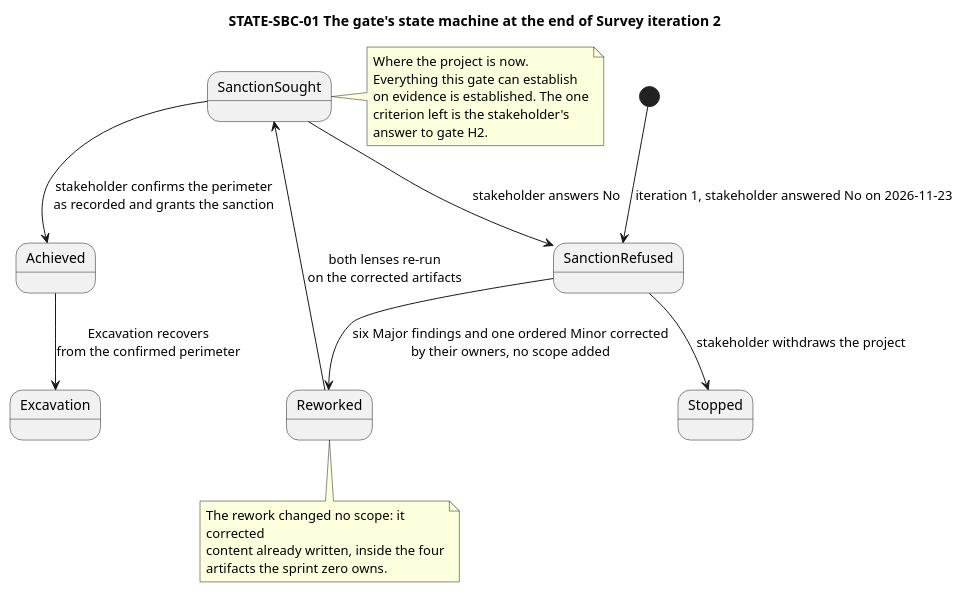
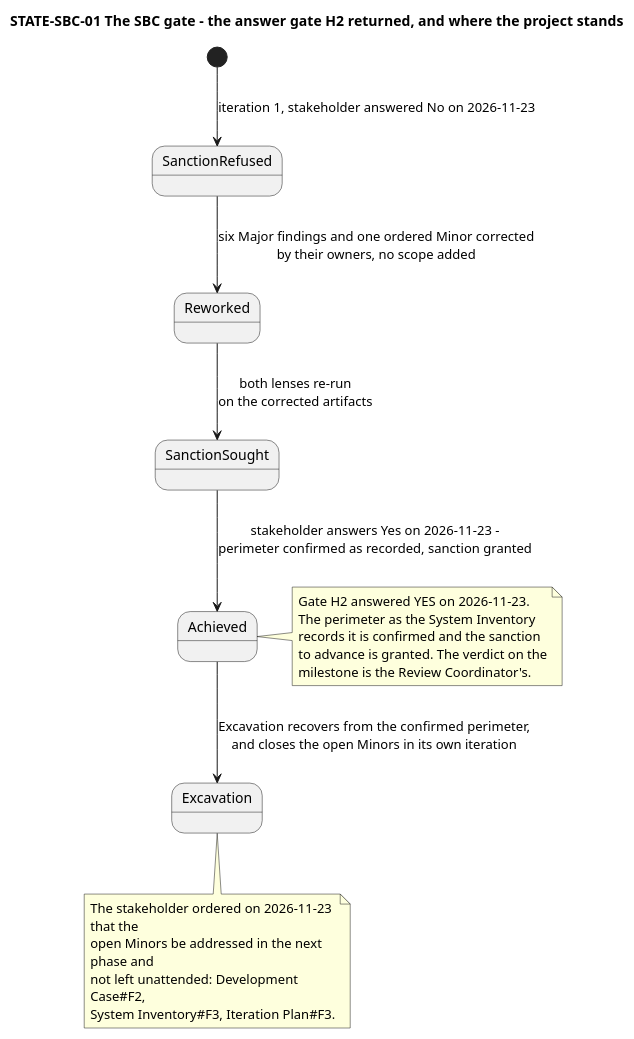
Diagram 11 of 13 in docs/artifacts/project-management/review-record.md (banense-test/TodoApp), drawn with PlantUML before and after one commit. The commit also changed other lines of this file, not shown here.

Commit message:
Management Reviewer [Survey2]: upsert Review Record
[skip ci]

````diff
--- a/docs/artifacts/project-management/review-record.md
+++ b/docs/artifacts/project-management/review-record.md
@@ -899,29 +905,28 @@
 ```plantuml
 @startuml
-title STATE-SBC-01 The gate's state machine at the end of Survey iteration 2
+title STATE-SBC-01 The SBC gate - the answer gate H2 returned, and where the project stands
 
 skinparam shadowing false
 skinparam wrapWidth 250
 
 [*] --> SanctionRefused : iteration 1, stakeholder answered No on 2026-11-23
 SanctionRefused --> Reworked : six Major findings and one ordered Minor corrected\nby their owners, no scope added
 Reworked --> SanctionSought : both lenses re-run\non the corrected artifacts
-SanctionSought --> Achieved : stakeholder confirms the perimeter\nas recorded and grants the sanction
-SanctionSought --> SanctionRefused : stakeholder answers No
-Achieved --> Excavation : Excavation recovers\nfrom the confirmed perimeter
-SanctionRefused --> Stopped : stakeholder withdraws the project
+SanctionSought --> Achieved : stakeholder answers Yes on 2026-11-23 -\nperimeter confirmed as recorded, sanction granted
+Achieved --> Excavation : Excavation recovers from the confirmed perimeter,\nand closes the open Minors in its own iteration
 
-note right of SanctionSought
-  Where the project is now.
-  Everything this gate can establish
-  on evidence is established. The one
-  criterion left is the stakeholder's
-  answer to gate H2.
+note right of Achieved
+  Gate H2 answered YES on 2026-11-23.
+  The perimeter as the System Inventory
+  records it is confirmed and the sanction
+  to advance is granted. The verdict on the
+  milestone is the Review Coordinator's.
 end note
-note bottom of Reworked
-  The rework changed no scope: it corrected
-  content already written, inside the four
-  artifacts the sprint zero owns.
+note bottom of Excavation
+  The stakeholder ordered on 2026-11-23 that the
+  open Minors be addressed in the next phase and
+  not left unattended: Development Case#F2,
+  System Inventory#F3, Iteration Plan#F3.
 end note
 @enduml
 ```
````
